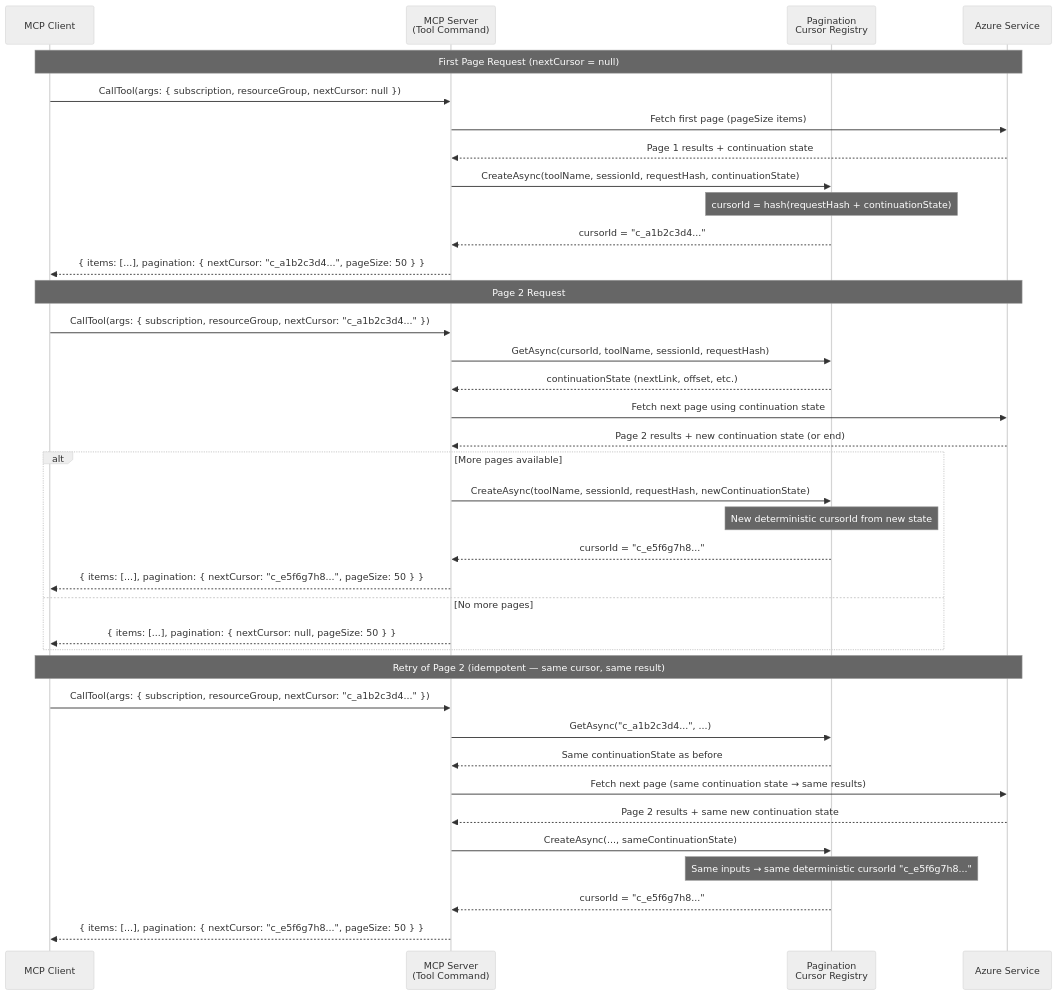
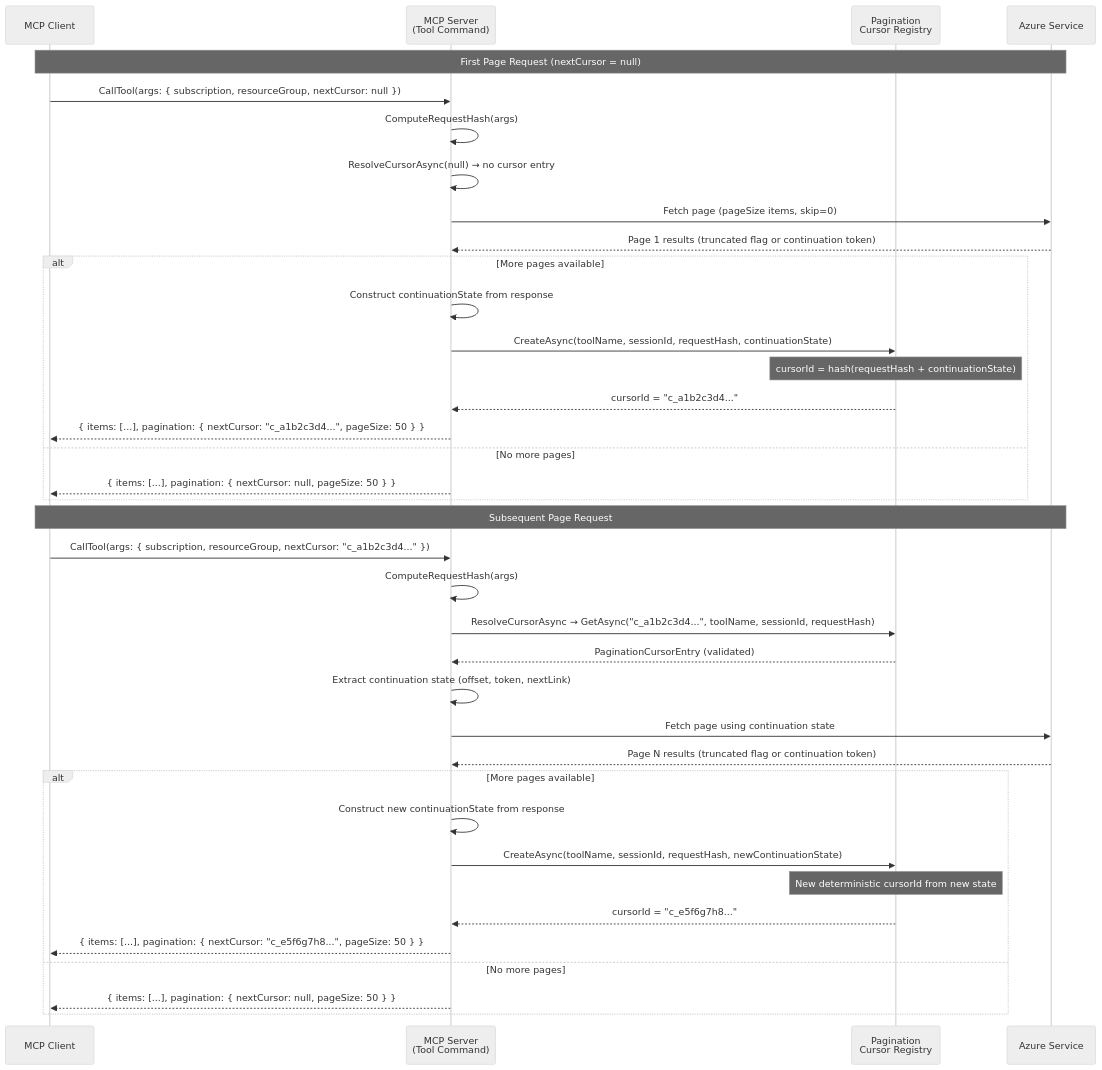
Before and after one commit to srnagar/mcp: the first of 3 diagrams in docs/design/pagination.md, drawn with Mermaid (neutral theme). The commit also changed other lines of this file and 1 other file, not shown here.

````diff
--- a/docs/design/pagination.md
+++ b/docs/design/pagination.md
@@ -49,42 +49,41 @@
 ```mermaid
 sequenceDiagram
     participant Client as MCP Client
     participant Server as MCP Server<br/>(Tool Command)
     participant Cache as Pagination<br/>Cursor Registry
     participant Azure as Azure Service
 
     Note over Client,Azure: First Page Request (nextCursor = null)
     Client->>Server: CallTool(args: { subscription, resourceGroup, nextCursor: null })
-    Server->>Azure: Fetch first page (pageSize items)
-    Azure-->>Server: Page 1 results + continuation state
-    Server->>Cache: CreateAsync(toolName, sessionId, requestHash, continuationState)
-    Note over Cache: cursorId = hash(requestHash + continuationState)
-    Cache-->>Server: cursorId = "c_a1b2c3d4..."
-    Server-->>Client: { items: [...], pagination: { nextCursor: "c_a1b2c3d4...", pageSize: 50 } }
+    Server->>Server: ComputeRequestHash(args)
+    Server->>Server: ResolveCursorAsync(null) → no cursor entry
+    Server->>Azure: Fetch page (pageSize items, skip=0)
+    Azure-->>Server: Page 1 results (truncated flag or continuation token)
+    alt More pages available
+        Server->>Server: Construct continuationState from response
+        Server->>Cache: CreateAsync(toolName, sessionId, requestHash, continuationState)
+        Note over Cache: cursorId = hash(requestHash + continuationState)
+        Cache-->>Server: cursorId = "c_a1b2c3d4..."
+        Server-->>Client: { items: [...], pagination: { nextCursor: "c_a1b2c3d4...", pageSize: 50 } }
+    else No more pages
+        Server-->>Client: { items: [...], pagination: { nextCursor: null, pageSize: 50 } }
+    end
 
-    Note over Client,Azure: Page 2 Request
+    Note over Client,Azure: Subsequent Page Request
     Client->>Server: CallTool(args: { subscription, resourceGroup, nextCursor: "c_a1b2c3d4..." })
-    Server->>Cache: GetAsync(cursorId, toolName, sessionId, requestHash)
-    Cache-->>Server: continuationState (nextLink, offset, etc.)
-    Server->>Azure: Fetch next page using continuation state
-    Azure-->>Server: Page 2 results + new continuation state (or end)
+    Server->>Server: ComputeRequestHash(args)
+    Server->>Cache: ResolveCursorAsync → GetAsync("c_a1b2c3d4...", toolName, sessionId, requestHash)
+    Cache-->>Server: PaginationCursorEntry (validated)
+    Server->>Server: Extract continuation state (offset, token, nextLink)
+    Server->>Azure: Fetch page using continuation state
+    Azure-->>Server: Page N results (truncated flag or continuation token)
     alt More pages available
+        Server->>Server: Construct new continuationState from response
         Server->>Cache: CreateAsync(toolName, sessionId, requestHash, newContinuationState)
         Note over Cache: New deterministic cursorId from new state
         Cache-->>Server: cursorId = "c_e5f6g7h8..."
         Server-->>Client: { items: [...], pagination: { nextCursor: "c_e5f6g7h8...", pageSize: 50 } }
     else No more pages
         Server-->>Client: { items: [...], pagination: { nextCursor: null, pageSize: 50 } }
     end
-
-    Note over Client,Azure: Retry of Page 2 (idempotent — same cursor, same result)
-    Client->>Server: CallTool(args: { subscription, resourceGroup, nextCursor: "c_a1b2c3d4..." })
-    Server->>Cache: GetAsync("c_a1b2c3d4...", ...)
-    Cache-->>Server: Same continuationState as before
-    Server->>Azure: Fetch next page (same continuation state → same results)
-    Azure-->>Server: Page 2 results + same new continuation state
-    Server->>Cache: CreateAsync(..., sameContinuationState)
-    Note over Cache: Same inputs → same deterministic cursorId "c_e5f6g7h8..."
-    Cache-->>Server: cursorId = "c_e5f6g7h8..."
-    Server-->>Client: { items: [...], pagination: { nextCursor: "c_e5f6g7h8...", pageSize: 50 } }
 ```
````
